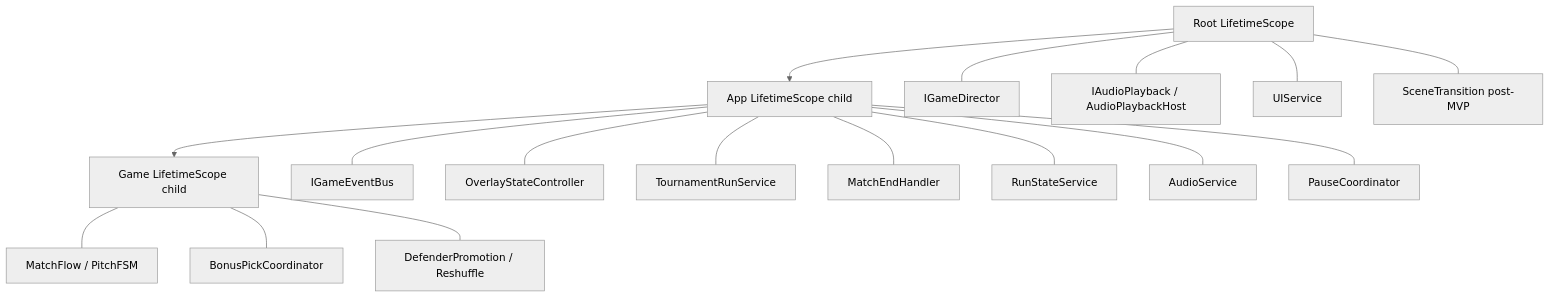
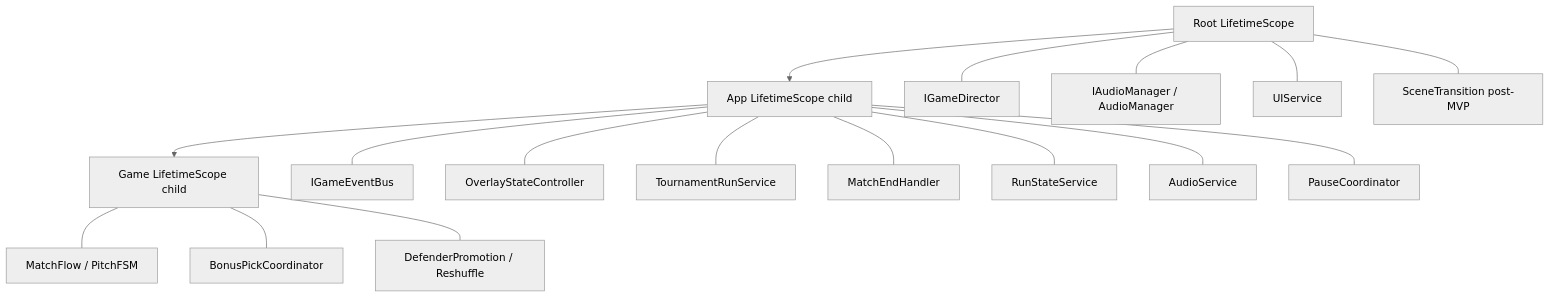
One commit to DeployChef/Futboloid changed the diagram in Wiki/FutboloidWiki/Архитектура/DI и LifetimeScope.md. Above: the diagram before and after it, drawn with Mermaid (neutral theme). The commit also changed other lines of this file and 17 other files, not shown here.

````diff
--- a/Wiki/FutboloidWiki/Архитектура/DI и LifetimeScope.md
+++ b/Wiki/FutboloidWiki/Архитектура/DI и LifetimeScope.md
@@ -19,26 +19,26 @@
 ```mermaid
 flowchart TB
     Root[Root LifetimeScope]
     App[App LifetimeScope child]
     Game[Game LifetimeScope child]
 
     Root --> App
     App --> Game
 
     Root --- R1[IGameDirector]
-    Root --- R2[IAudioPlayback / AudioPlaybackHost]
+    Root --- R2[IAudioManager / AudioManager]
     Root --- R3[UIService]
     Root --- R4[SceneTransition post-MVP]
 
     App --- A1[IGameEventBus]
     App --- A2[OverlayStateController]
     App --- A3[TournamentRunService]
     App --- A4[MatchEndHandler]
     App --- A5[RunStateService]
     App --- A6[AudioService]
     App --- A7[PauseCoordinator]
 
     Game --- G1[MatchFlow / PitchFSM]
     Game --- G2[BonusPickCoordinator]
     Game --- G3[DefenderPromotion / Reshuffle]
 ```
````
